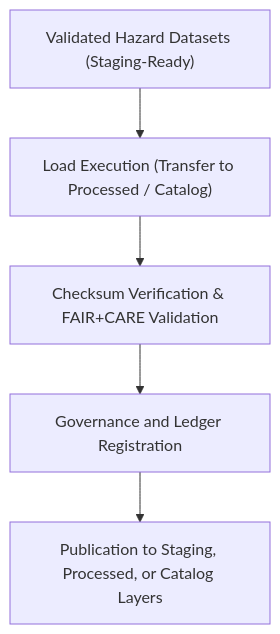
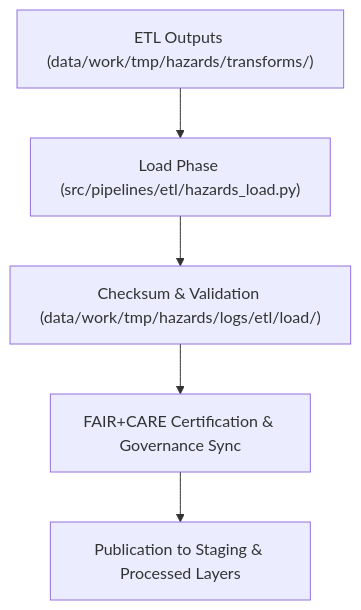
One commit to bartytime4life/Kansas-Frontier-Matrix changed the diagram in data/work/tmp/hazards/logs/etl/load/README.md. Above: the diagram before and after it, drawn with Mermaid. The commit also changed other lines of this file, not shown here.

````diff
--- a/data/work/tmp/hazards/logs/etl/load/README.md
+++ b/data/work/tmp/hazards/logs/etl/load/README.md
@@ -68,7 +64,7 @@
 ```mermaid
 flowchart TD
-    A["Validated Hazard Datasets (Staging-Ready)"] --> B["Load Execution (Transfer to Processed / Catalog)"]
-    B --> C["Checksum Verification & FAIR+CARE Validation"]
-    C --> D["Governance and Ledger Registration"]
-    D --> E["Publication to Staging, Processed, or Catalog Layers"]
+    A["ETL Outputs (data/work/tmp/hazards/transforms/)"] --> B["Load Phase (src/pipelines/etl/hazards_load.py)"]
+    B --> C["Checksum & Validation (data/work/tmp/hazards/logs/etl/load/)"]
+    C --> D["FAIR+CARE Certification & Governance Sync"]
+    D --> E["Publication to Staging & Processed Layers"]
 ```
````
